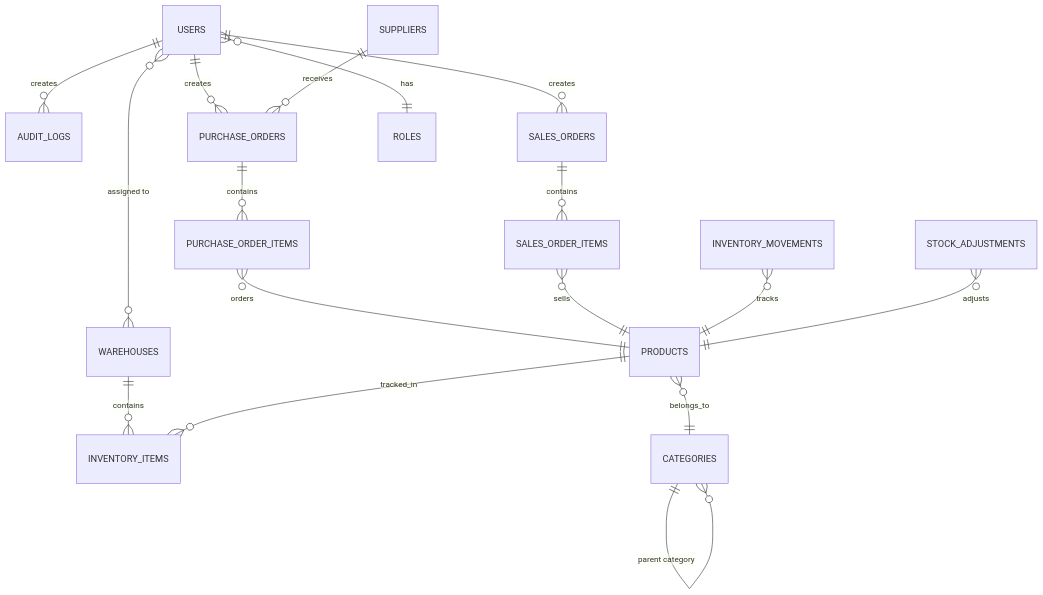
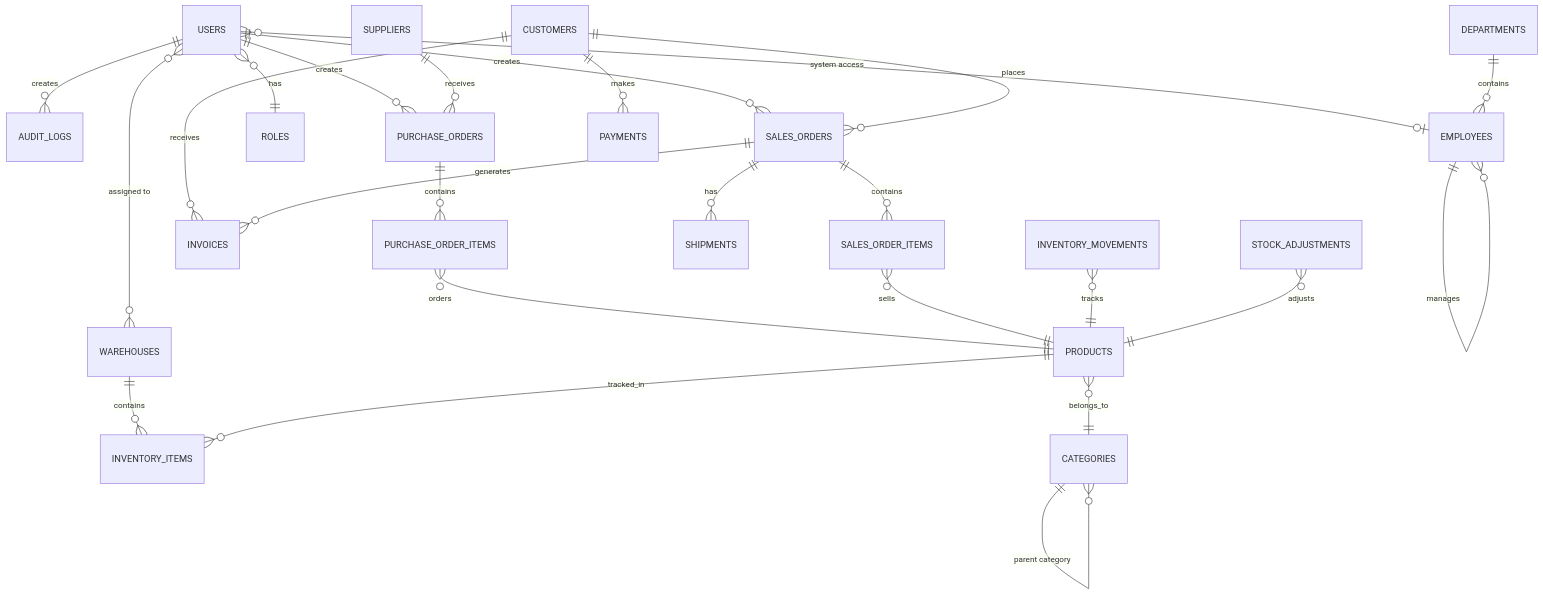
The diagram in docs/database-schema.md (MohamedDev99/inventory-management-system), drawn with Mermaid before and after one commit. The commit also changed other lines of this file, not shown here.

Commit message:
docs: add new entities to database schema documentation

````diff
--- a/docs/database-schema.md
+++ b/docs/database-schema.md
@@ -56,23 +56,33 @@
 ```mermaid
 erDiagram
     USERS ||--o{ AUDIT_LOGS : creates
     USERS ||--o{ PURCHASE_ORDERS : creates
     USERS ||--o{ SALES_ORDERS : creates
     USERS }o--|| ROLES : has
     USERS }o--o{ WAREHOUSES : "assigned to"
+    USERS }o--o| EMPLOYEES : "system access"
 
     WAREHOUSES ||--o{ INVENTORY_ITEMS : contains
     PRODUCTS ||--o{ INVENTORY_ITEMS : tracked_in
     PRODUCTS }o--|| CATEGORIES : belongs_to
     CATEGORIES ||--o{ CATEGORIES : "parent category"
 
     SUPPLIERS ||--o{ PURCHASE_ORDERS : receives
     PURCHASE_ORDERS ||--o{ PURCHASE_ORDER_ITEMS : contains
     PURCHASE_ORDER_ITEMS }o--|| PRODUCTS : orders
 
+    CUSTOMERS ||--o{ SALES_ORDERS : places
+    CUSTOMERS ||--o{ PAYMENTS : makes
+    CUSTOMERS ||--o{ INVOICES : receives
+
     SALES_ORDERS ||--o{ SALES_ORDER_ITEMS : contains
+    SALES_ORDERS ||--o{ SHIPMENTS : has
+    SALES_ORDERS ||--o{ INVOICES : generates
     SALES_ORDER_ITEMS }o--|| PRODUCTS : sells
 
     INVENTORY_MOVEMENTS }o--|| PRODUCTS : tracks
     STOCK_ADJUSTMENTS }o--|| PRODUCTS : adjusts
+
+    DEPARTMENTS ||--o{ EMPLOYEES : contains
+    EMPLOYEES ||--o{ EMPLOYEES : manages
 ```
````
